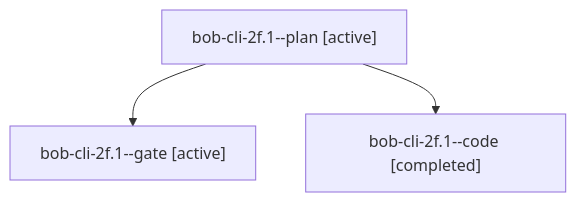
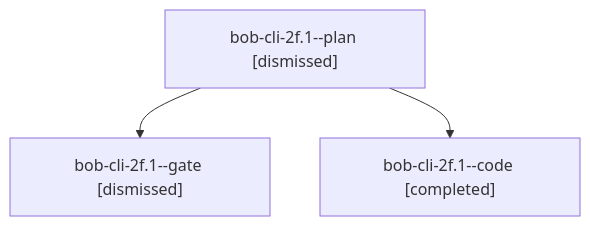
The diagram in sessions/bbugyi200.apollo.bob-cli-2f.1.md (bobs-org/bob-cli--agents), drawn with Mermaid before and after one commit. The commit also changed other lines of this file and 149 other files, not shown here.

````diff
--- a/sessions/bbugyi200.apollo.bob-cli-2f.1.md
+++ b/sessions/bbugyi200.apollo.bob-cli-2f.1.md
@@ -9,8 +9,8 @@
 ```mermaid
 flowchart TD
-  n0["bob-cli-2f.1--plan [active]"]
-  n1["bob-cli-2f.1--gate [active]"]
+  n0["bob-cli-2f.1--plan [dismissed]"]
+  n1["bob-cli-2f.1--gate [dismissed]"]
   n0 --> n1
   n2["bob-cli-2f.1--code [completed]"]
   n0 --> n2
 ```
````
